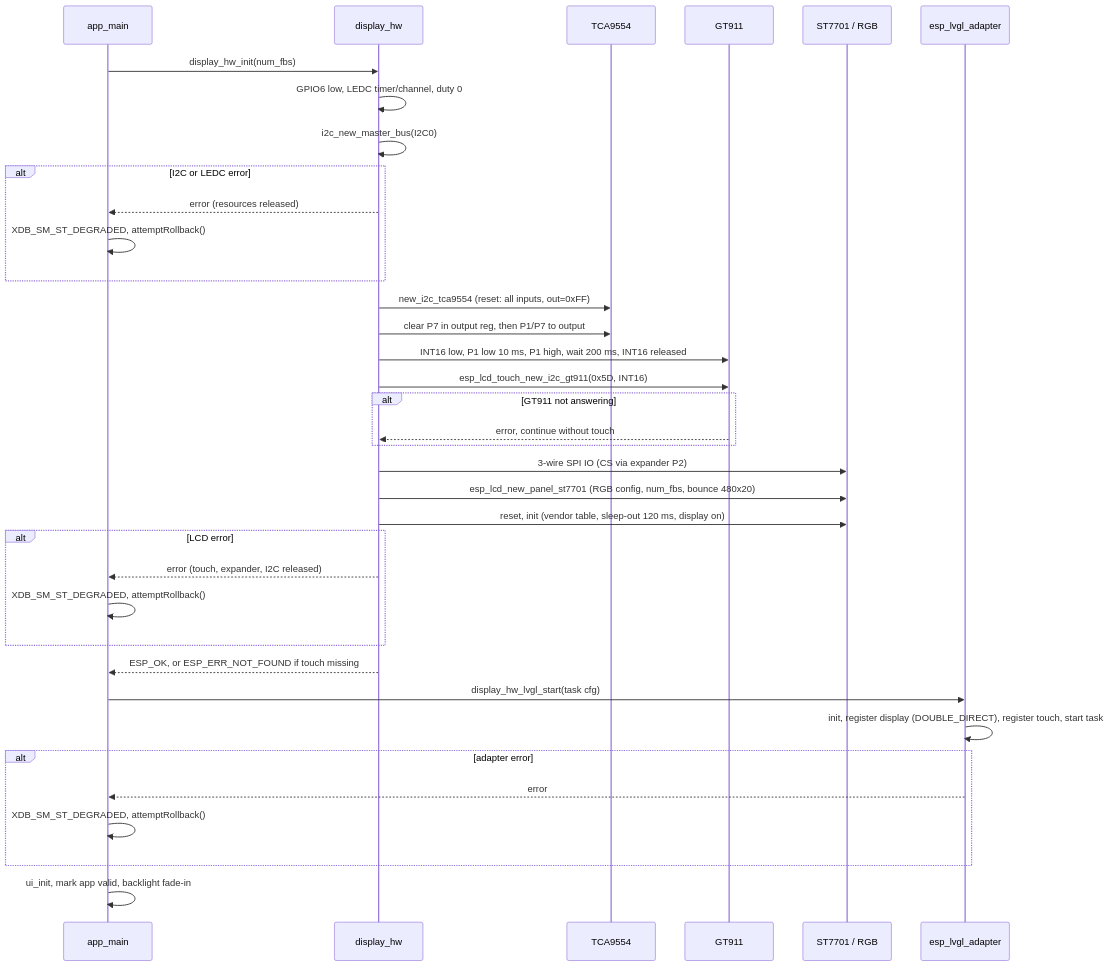
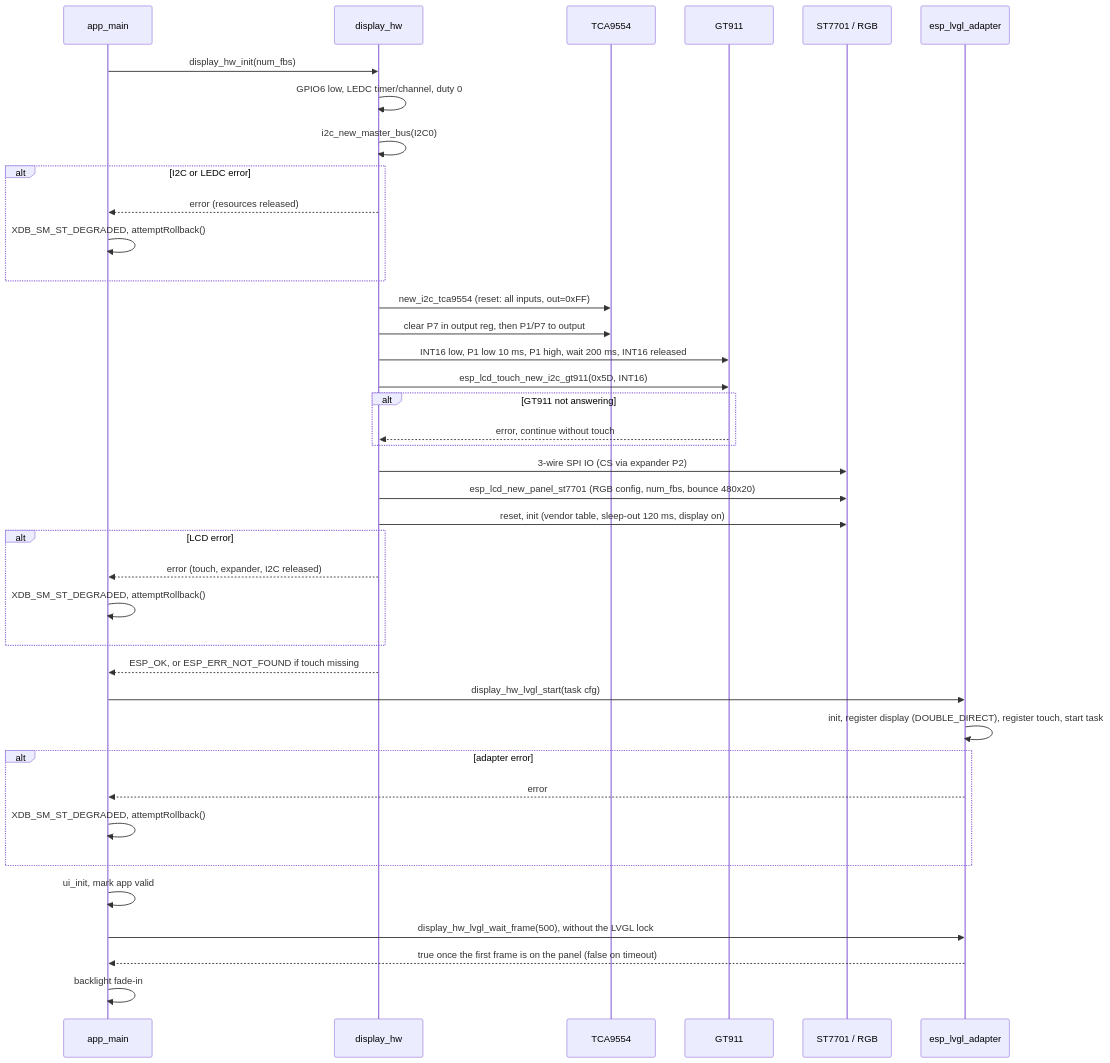
Before and after one commit to martinroger/vx-binocle-espidf: the second of 2 diagrams in common/display_hw/TOO.MD, drawn with Mermaid. The commit also changed 11 other files, not shown here.

First line of the commit message:
docs: follow the vx_* NVS layout and fix the OTA progress schema

````diff
--- a/common/display_hw/TOO.MD
+++ b/common/display_hw/TOO.MD
@@ -26,39 +26,42 @@
 ```mermaid
 sequenceDiagram
     participant APP as app_main
     participant HW as display_hw
     participant EXP as TCA9554
     participant TP as GT911
     participant LCD as ST7701 / RGB
     participant ADP as esp_lvgl_adapter
 
     APP->>HW: display_hw_init(num_fbs)
     HW->>HW: GPIO6 low, LEDC timer/channel, duty 0
     HW->>HW: i2c_new_master_bus(I2C0)
     alt I2C or LEDC error
         HW-->>APP: error (resources released)
         APP->>APP: XDB_SM_ST_DEGRADED, attemptRollback()
     end
     HW->>EXP: new_i2c_tca9554 (reset: all inputs, out=0xFF)
     HW->>EXP: clear P7 in output reg, then P1/P7 to output
     HW->>TP: INT16 low, P1 low 10 ms, P1 high, wait 200 ms, INT16 released
     HW->>TP: esp_lcd_touch_new_i2c_gt911(0x5D, INT16)
     alt GT911 not answering
         TP-->>HW: error, continue without touch
     end
     HW->>LCD: 3-wire SPI IO (CS via expander P2)
     HW->>LCD: esp_lcd_new_panel_st7701 (RGB config, num_fbs, bounce 480x20)
     HW->>LCD: reset, init (vendor table, sleep-out 120 ms, display on)
     alt LCD error
         HW-->>APP: error (touch, expander, I2C released)
         APP->>APP: XDB_SM_ST_DEGRADED, attemptRollback()
     end
     HW-->>APP: ESP_OK, or ESP_ERR_NOT_FOUND if touch missing
     APP->>ADP: display_hw_lvgl_start(task cfg)
     ADP->>ADP: init, register display (DOUBLE_DIRECT), register touch, start task
     alt adapter error
         ADP-->>APP: error
         APP->>APP: XDB_SM_ST_DEGRADED, attemptRollback()
     end
-    APP->>APP: ui_init, mark app valid, backlight fade-in
+    APP->>APP: ui_init, mark app valid
+    APP->>ADP: display_hw_lvgl_wait_frame(500), without the LVGL lock
+    ADP-->>APP: true once the first frame is on the panel (false on timeout)
+    APP->>APP: backlight fade-in
 ```
````
